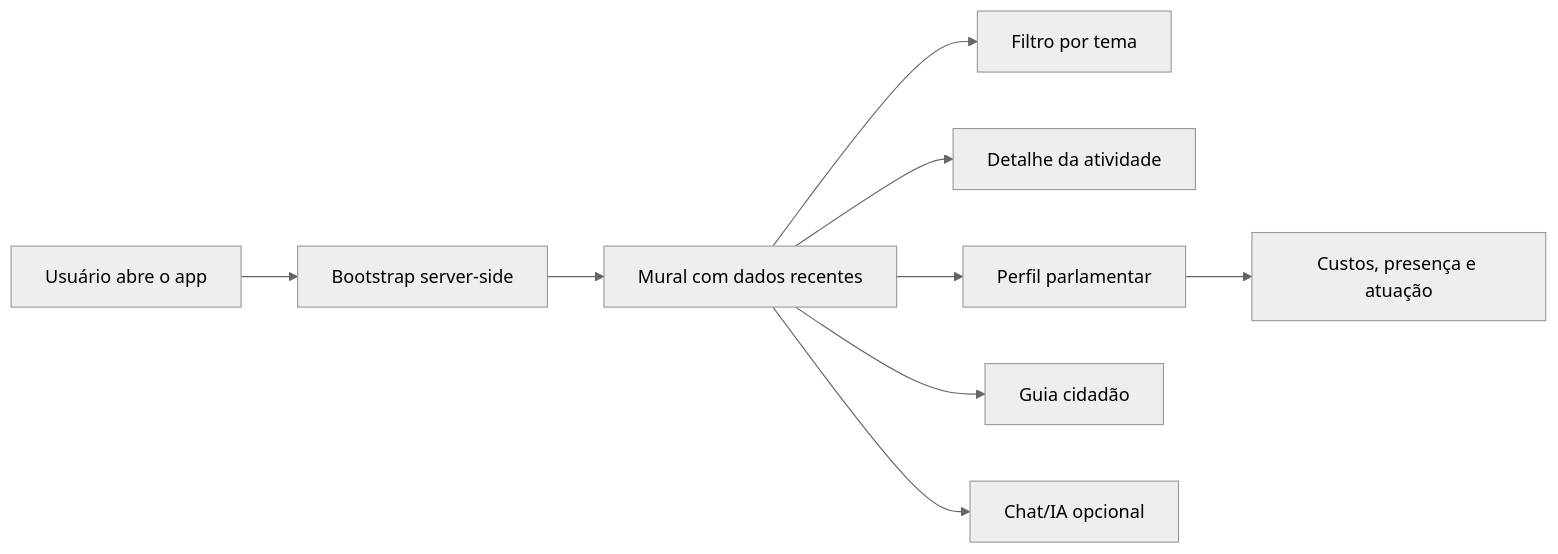
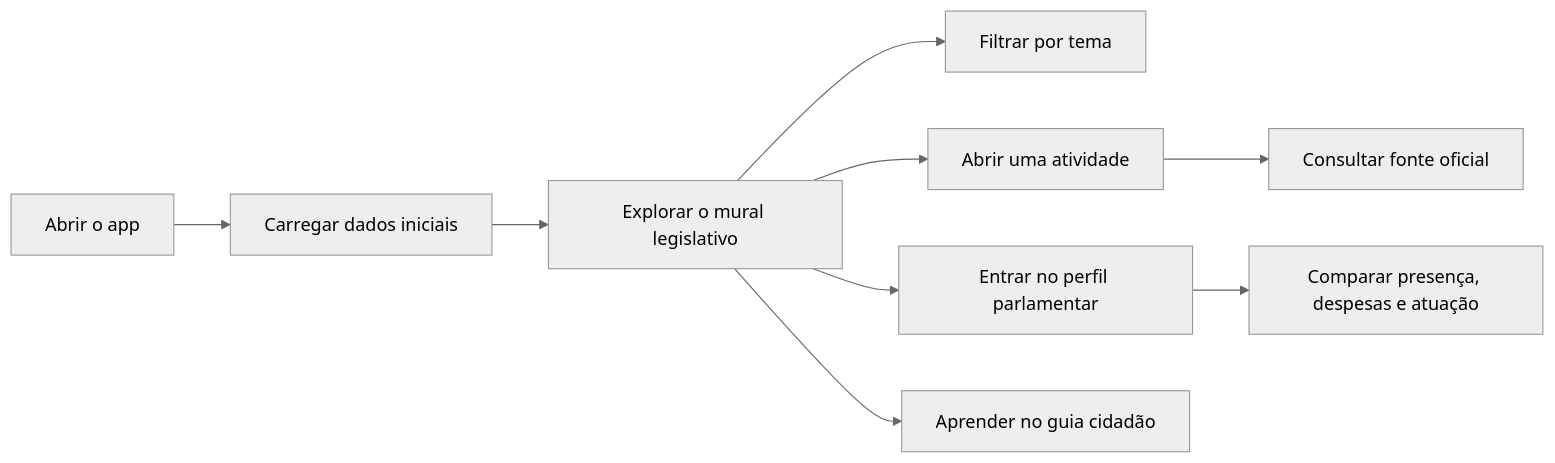
Before and after one commit to Chrisllan02/Papo-Reto: the first of 2 diagrams in README.md, drawn with Mermaid (neutral theme). The commit also changed other lines of this file, not shown here.

````diff
--- a/README.md
+++ b/README.md
@@ -51,11 +42,11 @@
 ```mermaid
 flowchart LR
-  A["Usuário abre o app"] --> B["Bootstrap server-side"]
-  B --> C["Mural com dados recentes"]
-  C --> D["Filtro por tema"]
-  C --> E["Detalhe da atividade"]
-  C --> F["Perfil parlamentar"]
-  F --> G["Custos, presença e atuação"]
-  C --> H["Guia cidadão"]
-  C --> I["Chat/IA opcional"]
+  A["Abrir o app"] --> B["Carregar dados iniciais"]
+  B --> C["Explorar o mural legislativo"]
+  C --> D["Filtrar por tema"]
+  C --> E["Abrir uma atividade"]
+  E --> F["Consultar fonte oficial"]
+  C --> G["Entrar no perfil parlamentar"]
+  G --> H["Comparar presença, despesas e atuação"]
+  C --> I["Aprender no guia cidadão"]
 ```
````
